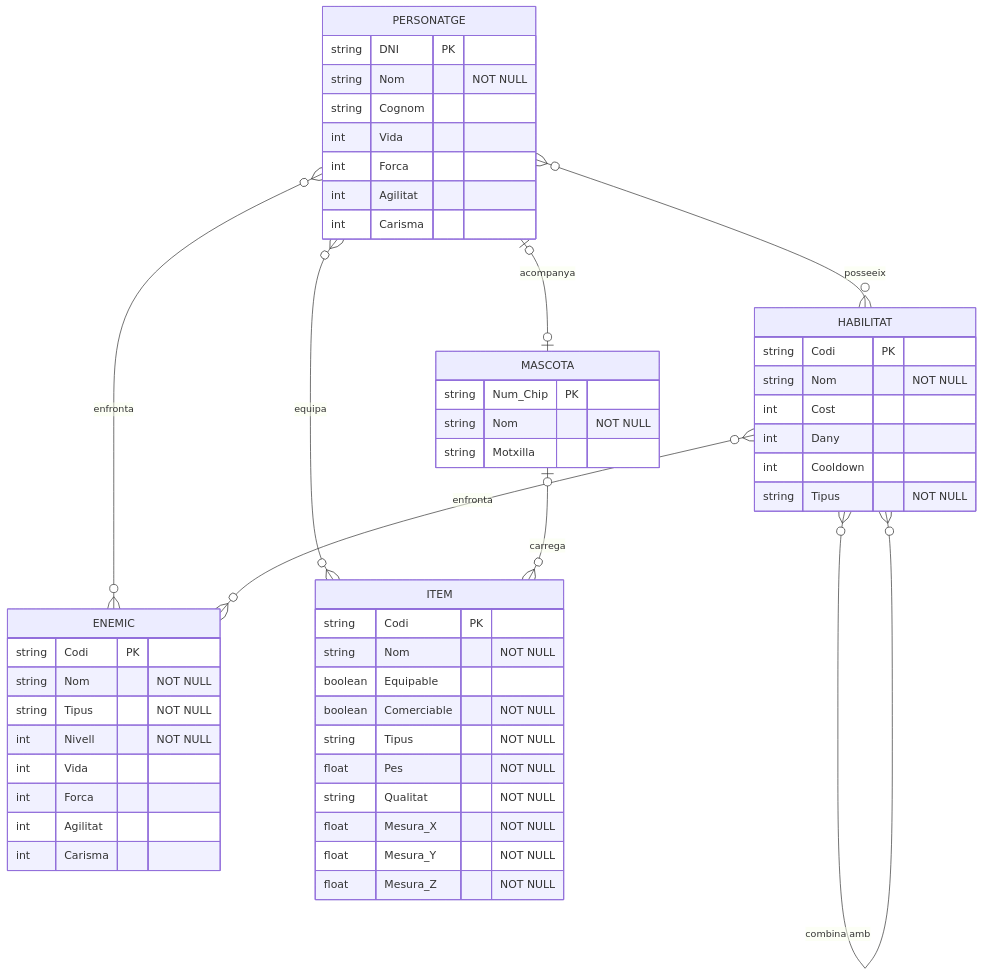
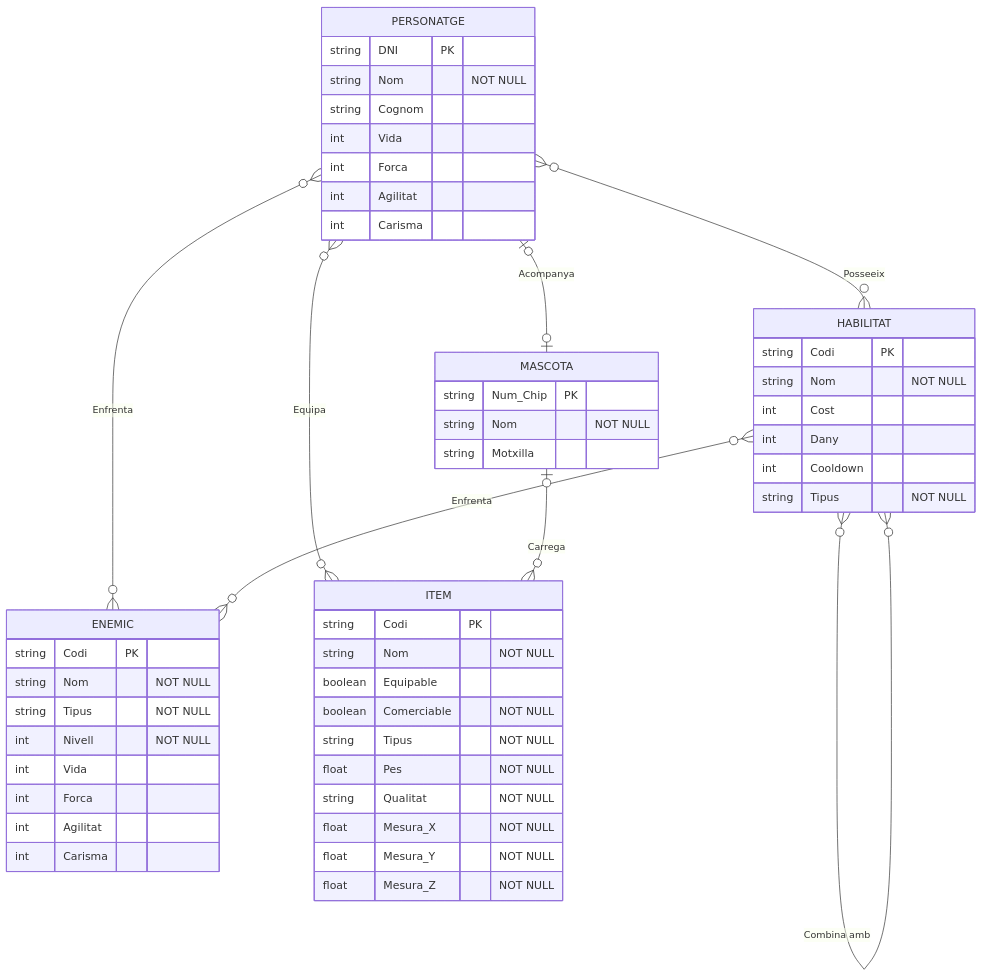
The diagram in Model E-R.md (iburgos536/Lliuraments-2627), drawn with Mermaid before and after one commit.

Commit message:
Update Model E-R.md

````diff
--- a/Model E-R.md
+++ b/Model E-R.md
@@ -3,61 +3,61 @@
 ```mermaid
 erDiagram
     %% ===== ENTITATS I ATRIBUTS =====
     PERSONATGE {
         string DNI PK
         string Nom "NOT NULL"
         string Cognom
         int Vida
         int Forca
         int Agilitat
         int Carisma
     }
 
     HABILITAT {
         string Codi PK
         string Nom "NOT NULL"
         int Cost
         int Dany
         int Cooldown
         string Tipus "NOT NULL"
     }
 
     ENEMIC {
         string Codi PK
         string Nom "NOT NULL"
         string Tipus "NOT NULL"
         int Nivell "NOT NULL"
         int Vida
         int Forca
         int Agilitat
         int Carisma
     }
 
     MASCOTA {
         string Num_Chip PK
         string Nom "NOT NULL"
         string Motxilla
     }
 
     ITEM {
         string Codi PK
         string Nom "NOT NULL"
         boolean Equipable
         boolean Comerciable "NOT NULL"
         string Tipus "NOT NULL"
         float Pes "NOT NULL"
         string Qualitat "NOT NULL"
         float Mesura_X "NOT NULL"
         float Mesura_Y "NOT NULL"
         float Mesura_Z "NOT NULL"
     }
 
     %% ===== RELACIONS =====
-    PERSONATGE }o--o{ HABILITAT : posseeix
-    PERSONATGE }o--o{ ENEMIC : enfronta
-    HABILITAT }o--o{ ENEMIC : enfronta
-    HABILITAT }o--o{ HABILITAT : "combina amb"
-    PERSONATGE |o--o| MASCOTA : acompanya
-    PERSONATGE }o--o{ ITEM : equipa
-    MASCOTA |o--o{ ITEM : carrega
+    PERSONATGE }o--o{ HABILITAT : Posseeix
+    PERSONATGE }o--o{ ENEMIC : Enfrenta
+    HABILITAT }o--o{ ENEMIC : Enfrenta
+    HABILITAT }o--o{ HABILITAT : "Combina amb"
+    PERSONATGE |o--o| MASCOTA : Acompanya
+    PERSONATGE }o--o{ ITEM : Equipa
+    MASCOTA |o--o{ ITEM : Carrega
 ```
````
